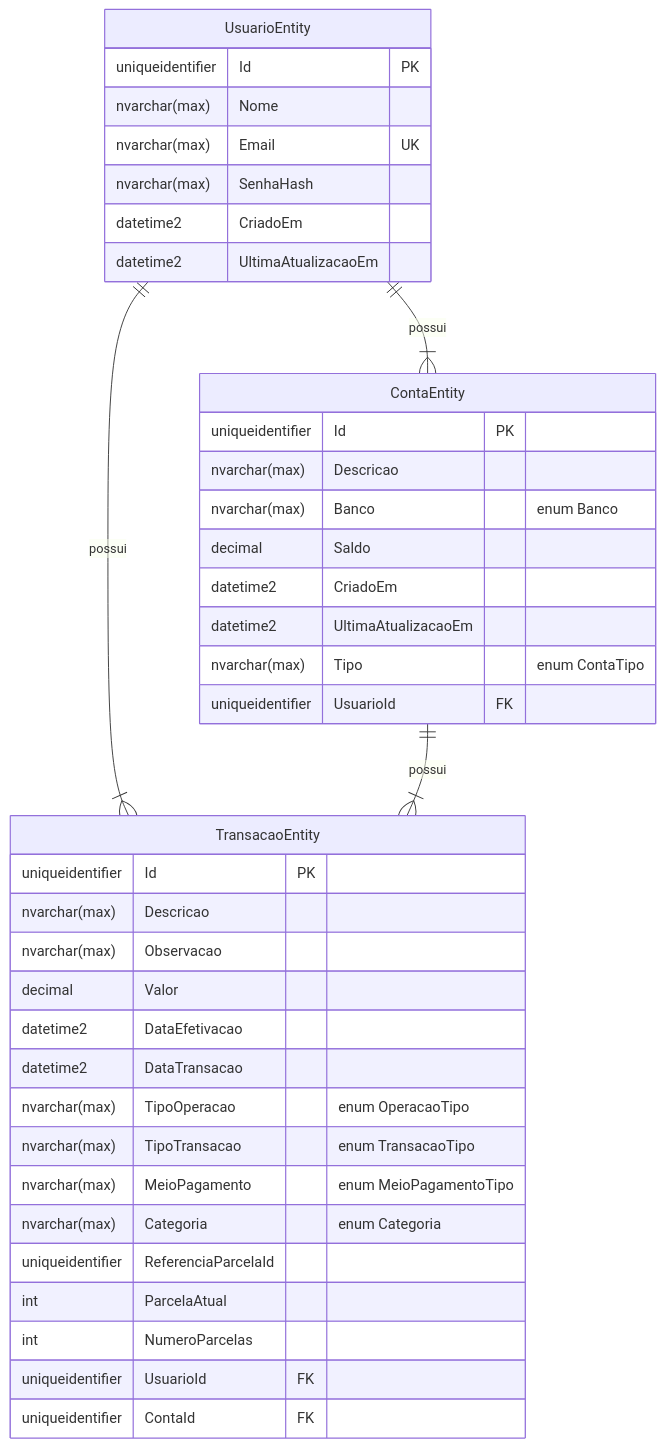
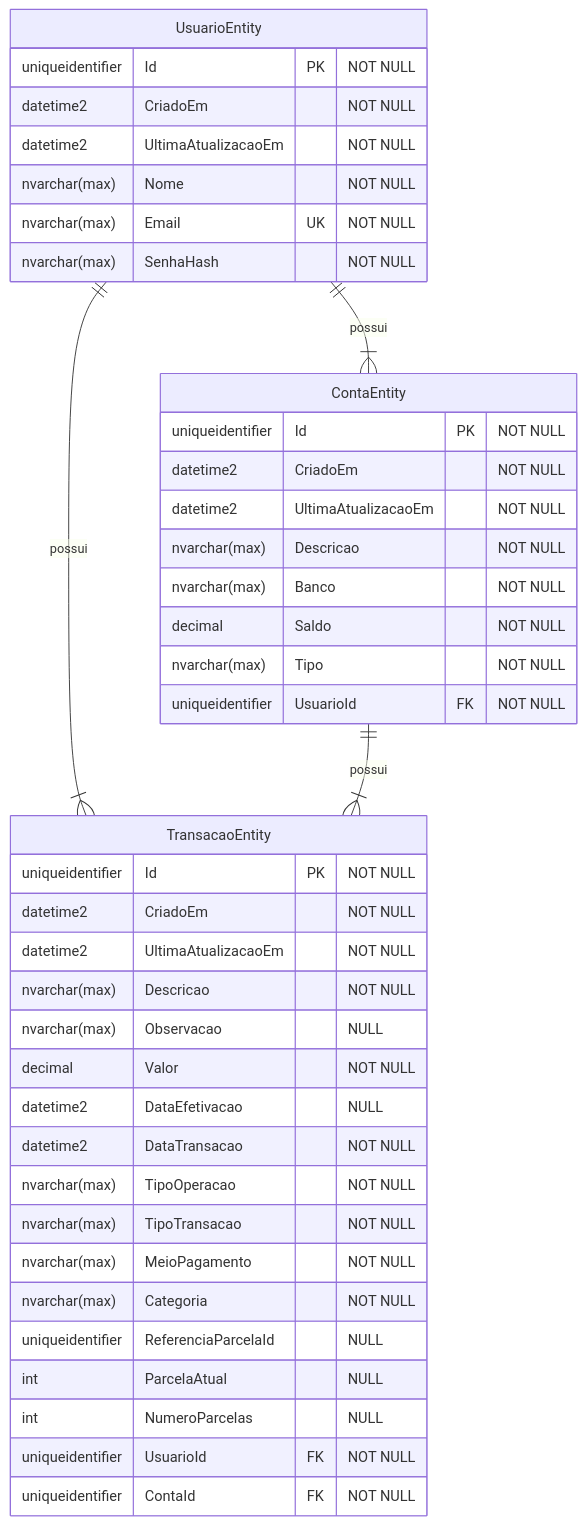
One commit to gbLw1/MyCoreBanking changed the fifth of 5 diagrams in README.md. Above: the diagram before and after it, drawn with Mermaid.

Commit message:
chore: atualização diagrama entidade-relacionamento

````diff
--- a/README.md
+++ b/README.md
@@ -359,46 +359,48 @@
 ```mermaid
 erDiagram
 
 ContaEntity{
-    uniqueidentifier Id PK
-    nvarchar(max) Descricao
-    nvarchar(max) Banco "enum Banco"
-    decimal Saldo
-    datetime2 CriadoEm
-    datetime2 UltimaAtualizacaoEm
-    nvarchar(max) Tipo "enum ContaTipo"
-    uniqueidentifier UsuarioId FK
+    uniqueidentifier Id PK "NOT NULL"
+    datetime2 CriadoEm "NOT NULL"
+    datetime2 UltimaAtualizacaoEm "NOT NULL"
+    nvarchar(max) Descricao "NOT NULL"
+    nvarchar(max) Banco "NOT NULL"
+    decimal Saldo "NOT NULL"
+    nvarchar(max) Tipo "NOT NULL"
+    uniqueidentifier UsuarioId FK "NOT NULL"
 }
 
 UsuarioEntity{
-    uniqueidentifier Id PK
-    nvarchar(max) Nome
-    nvarchar(max) Email UK
-    nvarchar(max) SenhaHash
-    datetime2 CriadoEm
-    datetime2 UltimaAtualizacaoEm
+    uniqueidentifier Id PK "NOT NULL"
+    datetime2 CriadoEm "NOT NULL"
+    datetime2 UltimaAtualizacaoEm "NOT NULL"
+    nvarchar(max) Nome "NOT NULL"
+    nvarchar(max) Email UK "NOT NULL"
+    nvarchar(max) SenhaHash "NOT NULL"
 }
 
 TransacaoEntity{
-    uniqueidentifier Id PK
-    nvarchar(max) Descricao
-    nvarchar(max) Observacao
-    decimal Valor
-    datetime2 DataEfetivacao
-    datetime2 DataTransacao
-    nvarchar(max) TipoOperacao "enum OperacaoTipo"
-    nvarchar(max) TipoTransacao "enum TransacaoTipo"
-    nvarchar(max) MeioPagamento "enum MeioPagamentoTipo"
-    nvarchar(max) Categoria "enum Categoria"
-    uniqueidentifier ReferenciaParcelaId
-    int ParcelaAtual
-    int NumeroParcelas
-    uniqueidentifier UsuarioId FK
-    uniqueidentifier ContaId FK
+    uniqueidentifier Id PK "NOT NULL"
+    datetime2 CriadoEm "NOT NULL"
+    datetime2 UltimaAtualizacaoEm "NOT NULL"
+    nvarchar(max) Descricao "NOT NULL"
+    nvarchar(max) Observacao "NULL"
+    decimal Valor "NOT NULL"
+    datetime2 DataEfetivacao "NULL"
+    datetime2 DataTransacao "NOT NULL"
+    nvarchar(max) TipoOperacao "NOT NULL"
+    nvarchar(max) TipoTransacao "NOT NULL"
+    nvarchar(max) MeioPagamento "NOT NULL"
+    nvarchar(max) Categoria "NOT NULL"
+    uniqueidentifier ReferenciaParcelaId "NULL"
+    int ParcelaAtual "NULL"
+    int NumeroParcelas "NULL"
+    uniqueidentifier UsuarioId FK "NOT NULL"
+    uniqueidentifier ContaId FK "NOT NULL"
 }
 
 %%Relacionamentos:
 UsuarioEntity ||--|{ ContaEntity : possui
 UsuarioEntity ||--|{ TransacaoEntity : possui
 ContaEntity ||--|{ TransacaoEntity : possui
 ```
````
